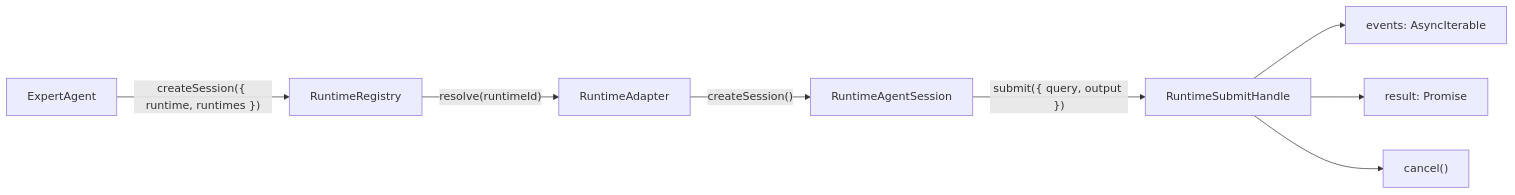
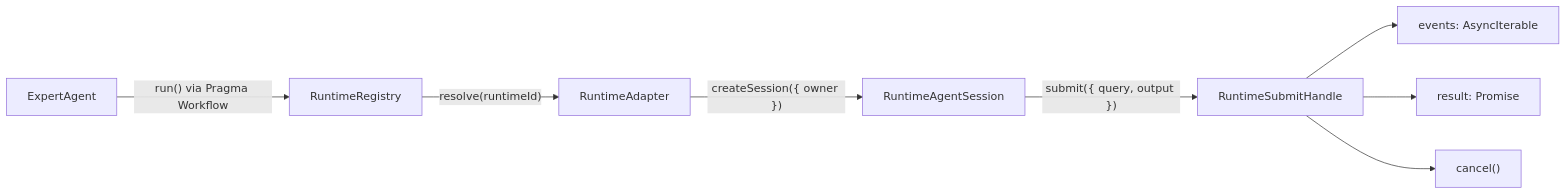
The fourth of 18 diagrams in docs/architecture/agent-core-architecture.md (pqpo/pragma), drawn with Mermaid before and after one commit. The commit also changed other lines of this file and 54 other files, not shown here.

````diff
--- a/docs/architecture/agent-core-architecture.md
+++ b/docs/architecture/agent-core-architecture.md
@@ -107,19 +107,19 @@
 ```mermaid
 flowchart LR
   agent["ExpertAgent"]
   registry["RuntimeRegistry"]
   adapter["RuntimeAdapter"]
   session["RuntimeAgentSession"]
   handle["RuntimeSubmitHandle"]
   events["events: AsyncIterable<RuntimeStreamEvent>"]
   result["result: Promise<RuntimeRunResult>"]
   cancel["cancel()"]
 
-  agent -->|"createSession({ runtime, runtimes })"| registry
+  agent -->|"run() via Pragma Workflow"| registry
   registry -->|"resolve(runtimeId)"| adapter
-  adapter -->|"createSession()"| session
+  adapter -->|"createSession({ owner })"| session
   session -->|"submit({ query, output })"| handle
   handle --> events
   handle --> result
   handle --> cancel
 ```
````
